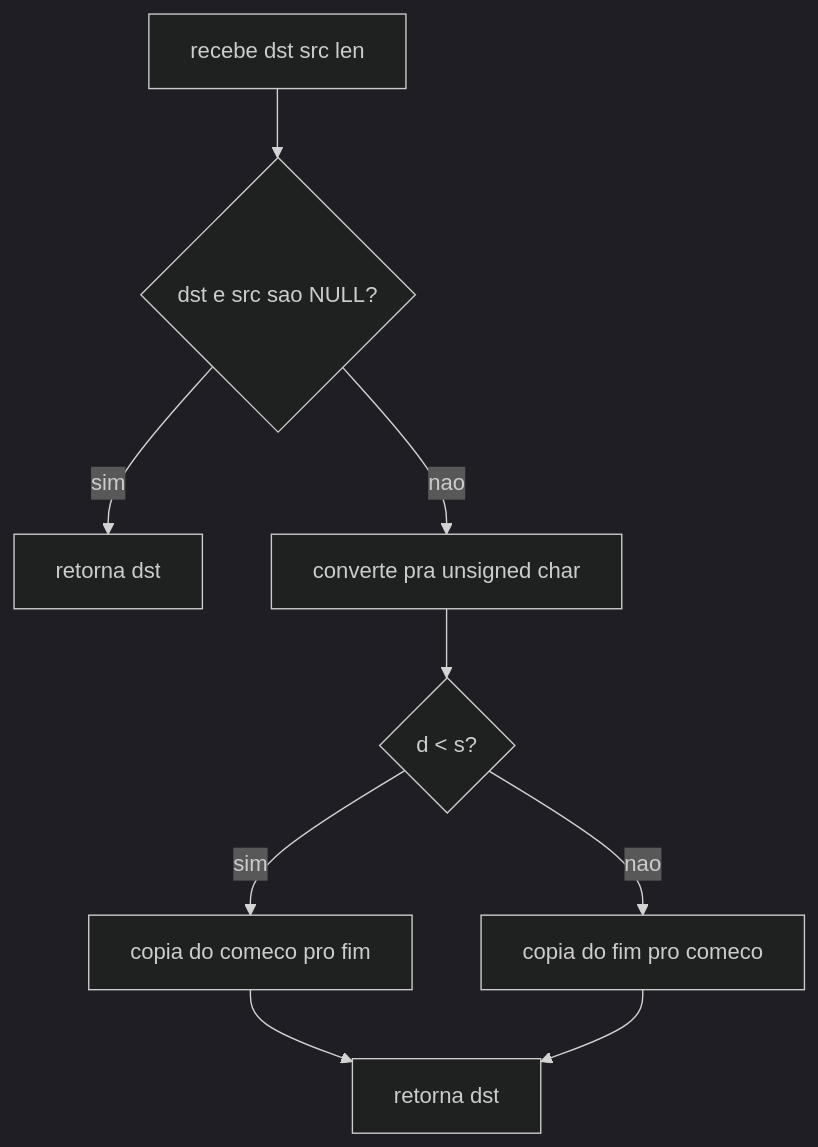
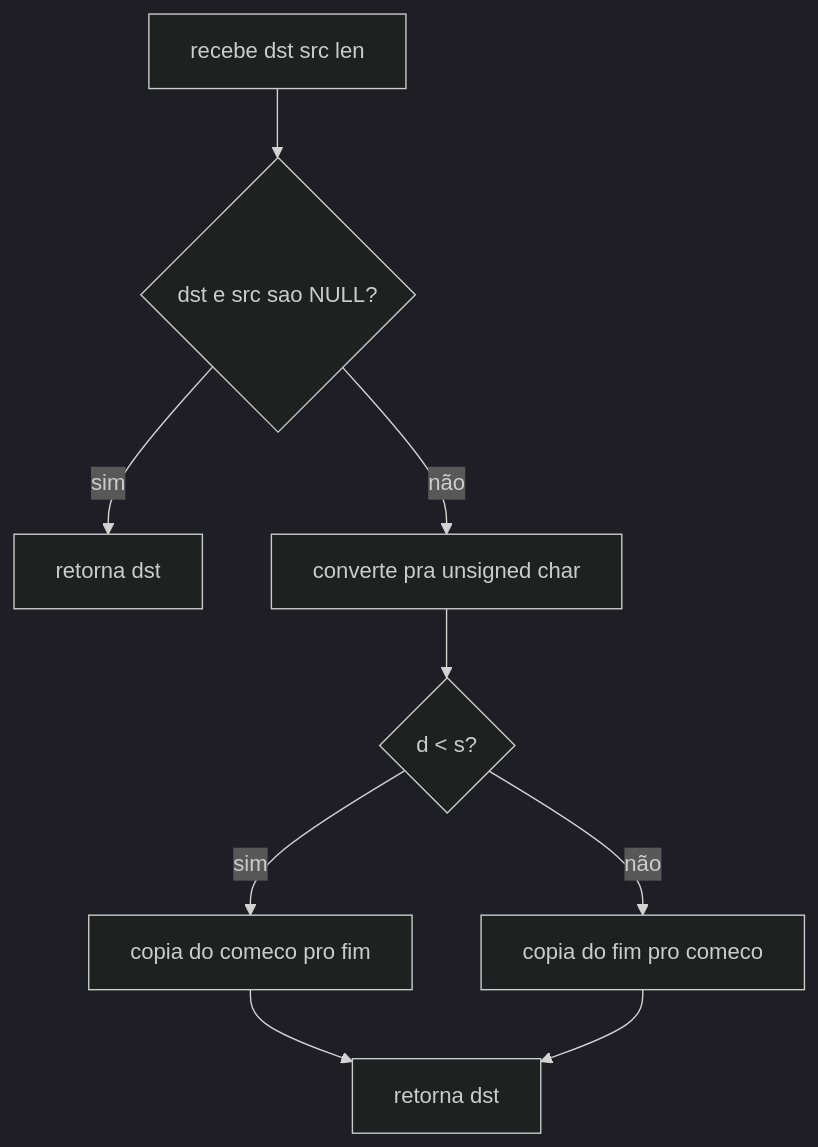
The tenth of 43 diagrams in 1-libft/Readme.md (ahy-git/docs), drawn with Mermaid (dark theme) before and after one commit. The commit also changed other lines of this file and 1 other file, not shown here.

````diff
--- a/1-libft/Readme.md
+++ b/1-libft/Readme.md
@@ -943,11 +943,11 @@
 ```mermaid
 flowchart TD
-	A[recebe dst src len] --> B{dst e src sao NULL?}
-	B -- sim --> C[retorna dst]
-	B -- nao --> D[converte pra unsigned char]
-	D --> E{d < s?}
-	E -- sim --> F[copia do comeco pro fim]
-	E -- nao --> G[copia do fim pro comeco]
-	F --> H[retorna dst]
+	A["recebe dst src len"] --> B{"dst e src sao NULL?"}
+	B -- sim --> C["retorna dst"]
+	B -- não --> D["converte pra unsigned char"]
+	D --> E{"d < s?"}
+	E -- sim --> F["copia do comeco pro fim"]
+	E -- não --> G["copia do fim pro comeco"]
+	F --> H["retorna dst"]
 	G --> H
 ```
````
